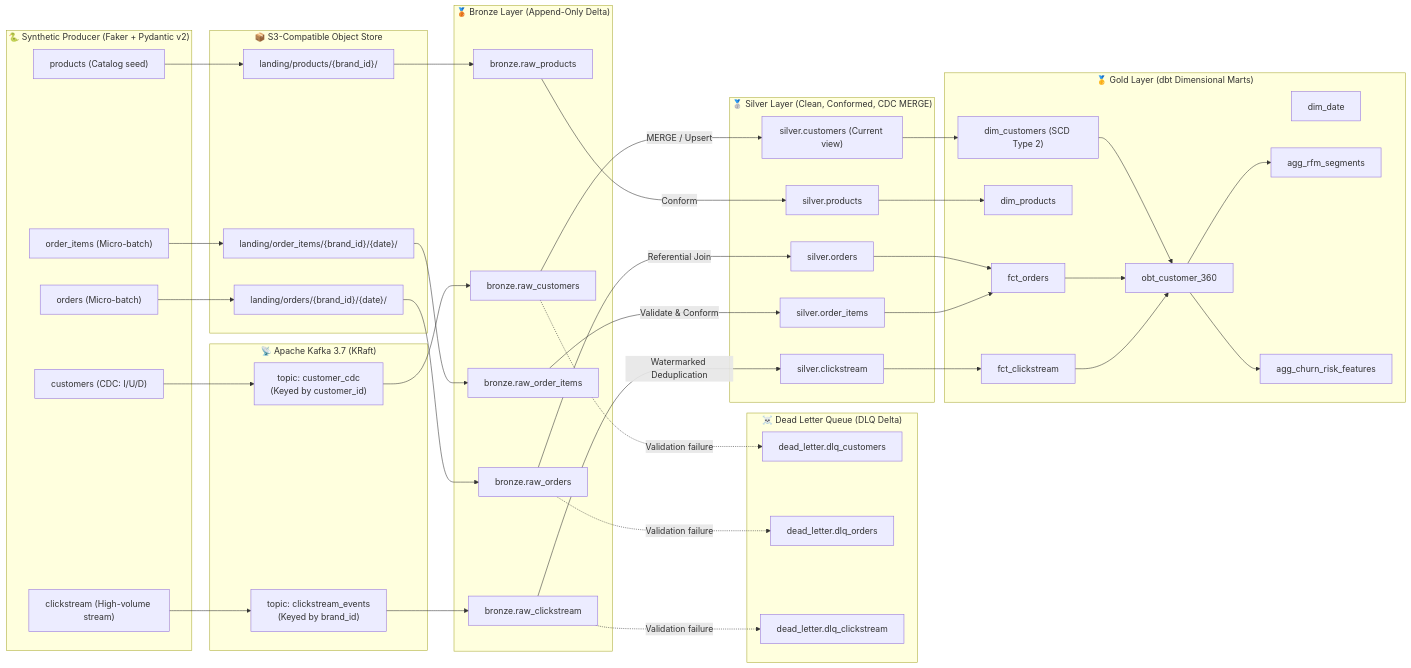
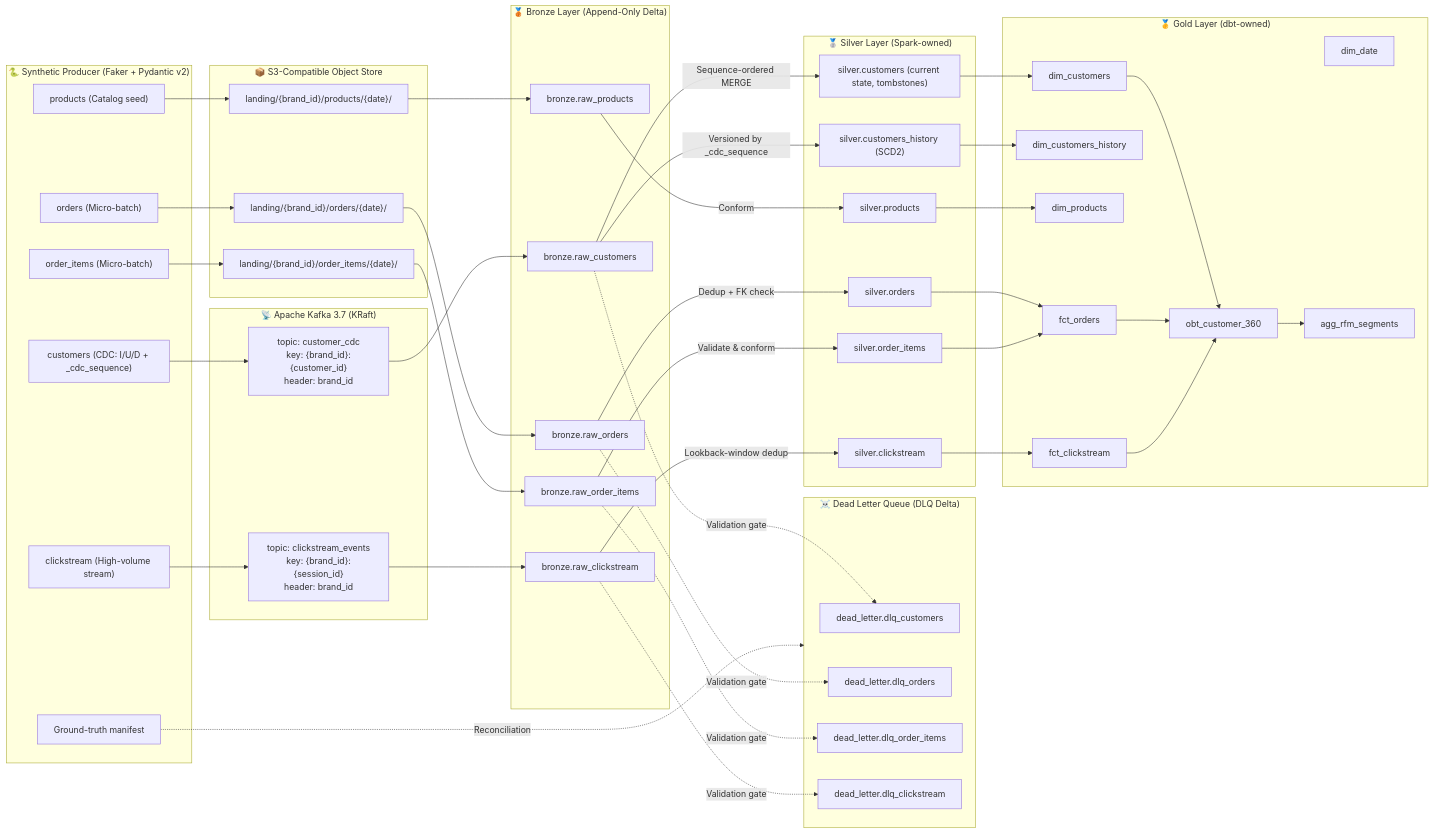
Before and after one commit to dogruom/thelook-lakehouse-platform: the diagram in docs/DATA_CONTRACTS.md, drawn with Mermaid. The commit also changed other lines of this file and 5 other files, not shown here.

First line of the commit message:
docs: align contracts, standards and delivery plan with charter v7

````diff
--- a/docs/DATA_CONTRACTS.md
+++ b/docs/DATA_CONTRACTS.md
@@ -12,22 +18,23 @@
 ```mermaid
 graph LR
     subgraph DataProducer["🐍 Synthetic Producer (Faker + Pydantic v2)"]
-        GEN_C["customers (CDC: I/U/D)"]
+        GEN_C["customers (CDC: I/U/D + _cdc_sequence)"]
         GEN_O["orders (Micro-batch)"]
         GEN_I["order_items (Micro-batch)"]
         GEN_P["products (Catalog seed)"]
         GEN_E["clickstream (High-volume stream)"]
+        MAN["Ground-truth manifest"]
     end
 
     subgraph KafkaBroker["📡 Apache Kafka 3.7 (KRaft)"]
-        TOPIC_EVENTS["topic: clickstream_events<br/>(Keyed by brand_id)"]
-        TOPIC_CDC["topic: customer_cdc<br/>(Keyed by customer_id)"]
+        TOPIC_EVENTS["topic: clickstream_events<br/>key: {brand_id}:{session_id}<br/>header: brand_id"]
+        TOPIC_CDC["topic: customer_cdc<br/>key: {brand_id}:{customer_id}<br/>header: brand_id"]
     end
 
     subgraph StorageLanding["📦 S3-Compatible Object Store"]
-        LAND_O["landing/orders/{brand_id}/{date}/"]
-        LAND_I["landing/order_items/{brand_id}/{date}/"]
-        LAND_P["landing/products/{brand_id}/"]
+        LAND_O["landing/{brand_id}/orders/{date}/"]
+        LAND_I["landing/{brand_id}/order_items/{date}/"]
+        LAND_P["landing/{brand_id}/products/{date}/"]
     end
 
     subgraph BronzeMedallion["🥉 Bronze Layer (Append-Only Delta)"]
@@ -41,26 +48,28 @@
     subgraph DLQLayer["☠️ Dead Letter Queue (DLQ Delta)"]
         DLQ_C["dead_letter.dlq_customers"]
         DLQ_O["dead_letter.dlq_orders"]
+        DLQ_I["dead_letter.dlq_order_items"]
         DLQ_E["dead_letter.dlq_clickstream"]
     end
 
-    subgraph SilverMedallion["🥈 Silver Layer (Clean, Conformed, CDC MERGE)"]
-        S_C["silver.customers (Current view)"]
+    subgraph SilverMedallion["🥈 Silver Layer (Spark-owned)"]
+        S_C["silver.customers (current state, tombstones)"]
+        S_CH["silver.customers_history (SCD2)"]
         S_O["silver.orders"]
         S_I["silver.order_items"]
         S_P["silver.products"]
         S_E["silver.clickstream"]
     end
 
-    subgraph GoldMedallion["🥇 Gold Layer (dbt Dimensional Marts)"]
-        D_C["dim_customers (SCD Type 2)"]
+    subgraph GoldMedallion["🥇 Gold Layer (dbt-owned)"]
+        D_C["dim_customers"]
+        D_CH["dim_customers_history"]
         D_P["dim_products"]
         D_D["dim_date"]
         F_O["fct_orders"]
         F_E["fct_clickstream"]
         OBT["obt_customer_360"]
         RFM["agg_rfm_segments"]
-        CHURN["agg_churn_risk_features"]
     end
 
     GEN_C --> TOPIC_CDC --> B_C
@@ -69,22 +78,25 @@
     GEN_I --> LAND_I --> B_I
     GEN_P --> LAND_P --> B_P
 
-    B_C -.->|"Validation failure"| DLQ_C
-    B_O -.->|"Validation failure"| DLQ_O
-    B_E -.->|"Validation failure"| DLQ_E
+    B_C -.->|"Validation gate"| DLQ_C
+    B_O -.->|"Validation gate"| DLQ_O
+    B_I -.->|"Validation gate"| DLQ_I
+    B_E -.->|"Validation gate"| DLQ_E
 
-    B_C -->|"MERGE / Upsert"| S_C
-    B_O -->|"Referential Join"| S_O
-    B_I -->|"Validate & Conform"| S_I
+    B_C -->|"Sequence-ordered MERGE"| S_C
+    B_C -->|"Versioned by _cdc_sequence"| S_CH
+    B_O -->|"Dedup + FK check"| S_O
+    B_I -->|"Validate & conform"| S_I
     B_P -->|"Conform"| S_P
-    B_E -->|"Watermarked Deduplication"| S_E
+    B_E -->|"Lookback-window dedup"| S_E
 
     S_C --> D_C
+    S_CH --> D_CH
     S_P --> D_P
     S_O & S_I --> F_O
     S_E --> F_E
 
     D_C & F_O & F_E --> OBT
     OBT --> RFM
-    OBT --> CHURN
+    MAN -.->|"Reconciliation"| DLQLayer
 ```
````
